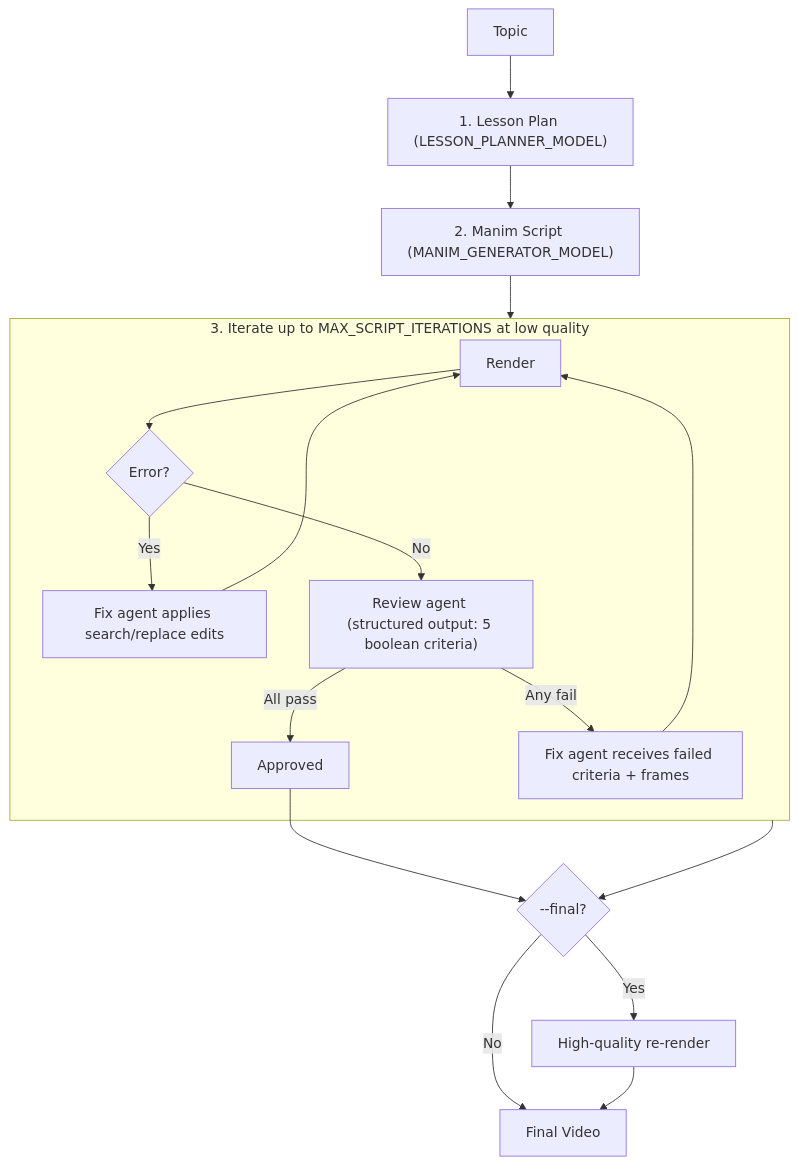
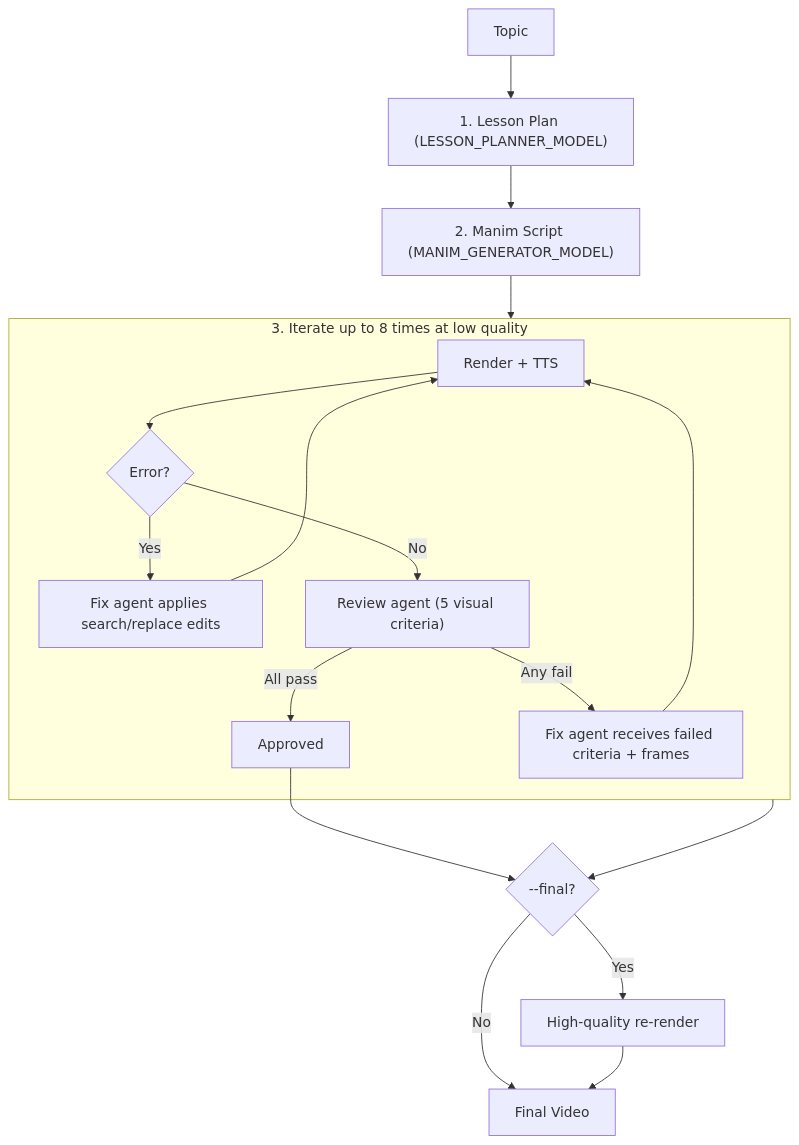
One commit to pizzaburgare/grasp changed the diagram in README.md. Above: the diagram before and after it, drawn with Mermaid. The commit also changed other lines of this file, not shown here.

````diff
--- a/README.md
+++ b/README.md
@@ -92,22 +134,22 @@
 ```mermaid
 flowchart TD
     A[Topic] --> B["1. Lesson Plan (LESSON_PLANNER_MODEL)"]
     B --> C["2. Manim Script (MANIM_GENERATOR_MODEL)"]
     C --> LOOP
 
-    subgraph LOOP["3. Iterate up to MAX_SCRIPT_ITERATIONS at low quality"]
-        R[Render] --> ERR{Error?}
+    subgraph LOOP["3. Iterate up to 8 times at low quality"]
+        R[Render + TTS] --> ERR{Error?}
         ERR -- Yes --> FIX_COMPILE["Fix agent applies search/replace edits"] --> R
-        ERR -- No --> REV["Review agent (structured output: 5 boolean criteria)"]
+        ERR -- No --> REV["Review agent (5 visual criteria)"]
         REV -- All pass --> DONE[Approved]
         REV -- Any fail --> FIX_VISUAL["Fix agent receives failed criteria + frames"] --> R
     end
 
     DONE --> OUT
     LOOP --> OUT
 
     OUT{--final?}
     OUT -- Yes --> HQ[High-quality re-render]
     OUT -- No --> V[Final Video]
     HQ --> V
 ```
````
